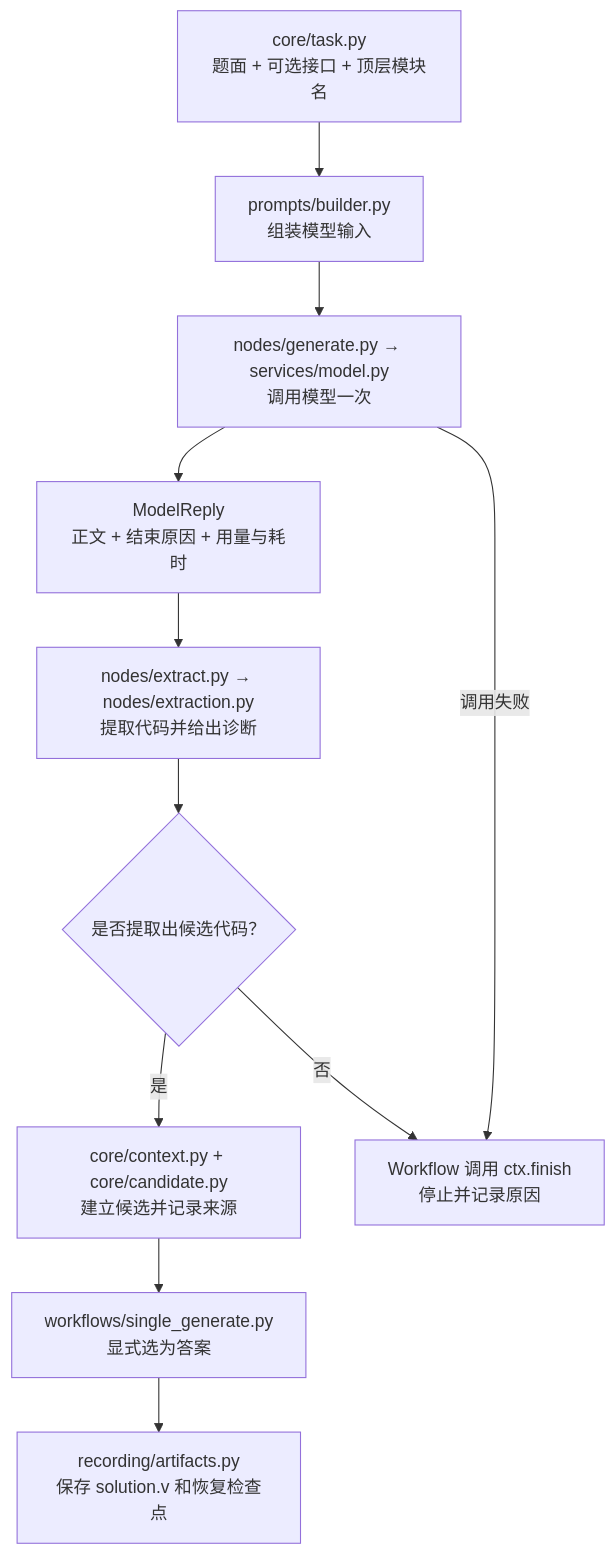
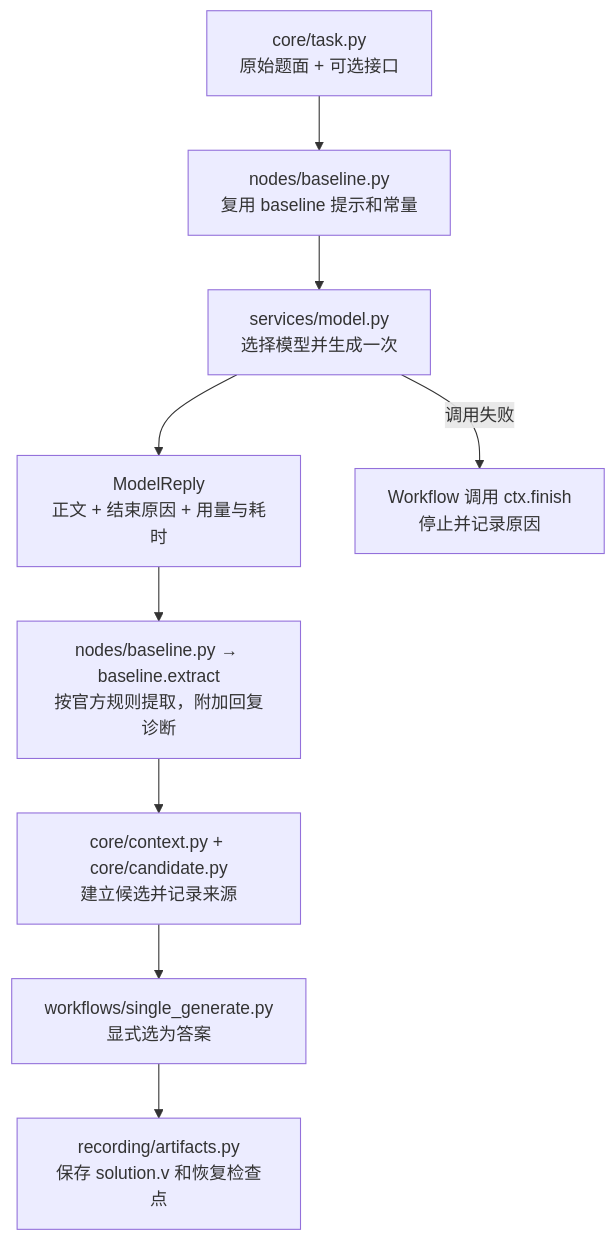
Before and after one commit to gugugu531/43240_rtlagent: the third of 4 diagrams in 43240-agent/dev/docs/user-manual.md, drawn with Mermaid. The commit also changed other lines of this file and 17 other files, not shown here.

````diff
--- a/43240-agent/dev/docs/user-manual.md
+++ b/43240-agent/dev/docs/user-manual.md
@@ -226,13 +226,11 @@
 ```mermaid
 flowchart TD
-    A["core/task.py<br/>题面 + 可选接口 + 顶层模块名"] --> B["prompts/builder.py<br/>组装模型输入"]
-    B --> C["nodes/generate.py → services/model.py<br/>调用模型一次"]
+    A["core/task.py<br/>原始题面 + 可选接口"] --> B["nodes/baseline.py<br/>复用 baseline 提示和常量"]
+    B --> C["services/model.py<br/>选择模型并生成一次"]
     C --> D["ModelReply<br/>正文 + 结束原因 + 用量与耗时"]
-    D --> E["nodes/extract.py → nodes/extraction.py<br/>提取代码并给出诊断"]
-    E --> F{"是否提取出候选代码？"}
-    F -- 是 --> G["core/context.py + core/candidate.py<br/>建立候选并记录来源"]
+    D --> E["nodes/baseline.py → baseline.extract<br/>按官方规则提取，附加回复诊断"]
+    E --> G["core/context.py + core/candidate.py<br/>建立候选并记录来源"]
     G --> H["workflows/single_generate.py<br/>显式选为答案"]
     H --> I["recording/artifacts.py<br/>保存 solution.v 和恢复检查点"]
-    F -- 否 --> J["Workflow 调用 ctx.finish<br/>停止并记录原因"]
-    C -- 调用失败 --> J
+    C -- 调用失败 --> J["Workflow 调用 ctx.finish<br/>停止并记录原因"]
 ```
````
